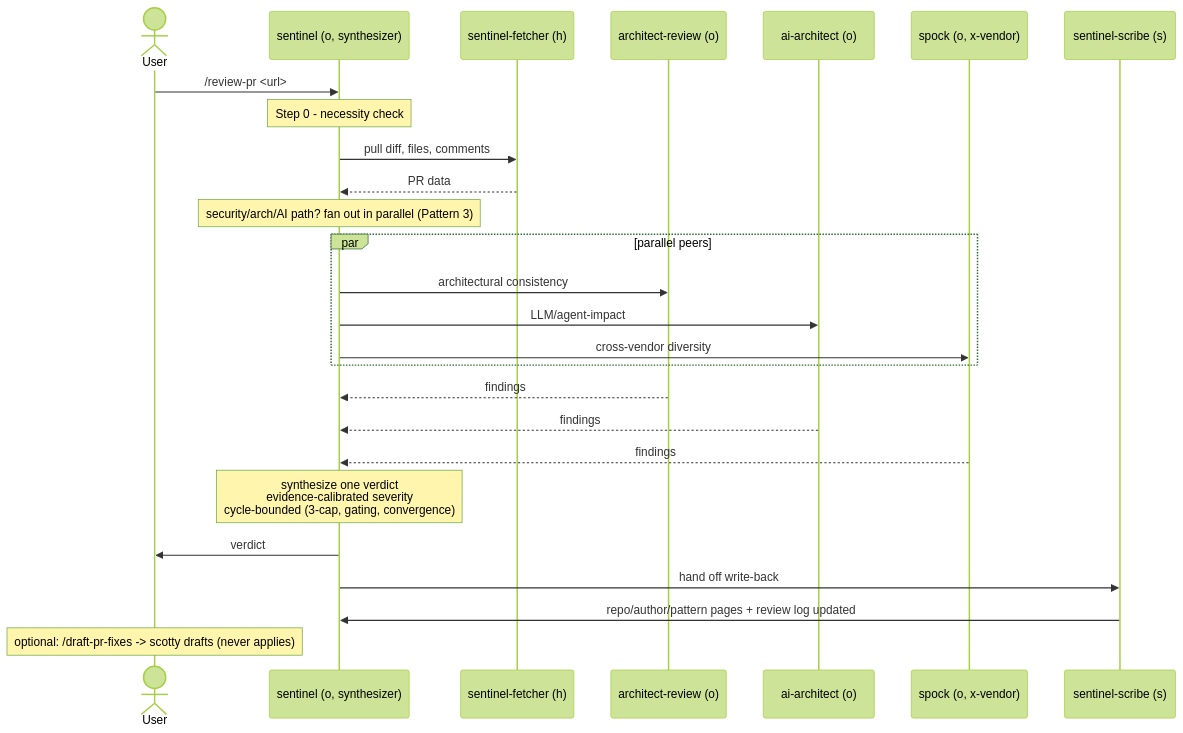
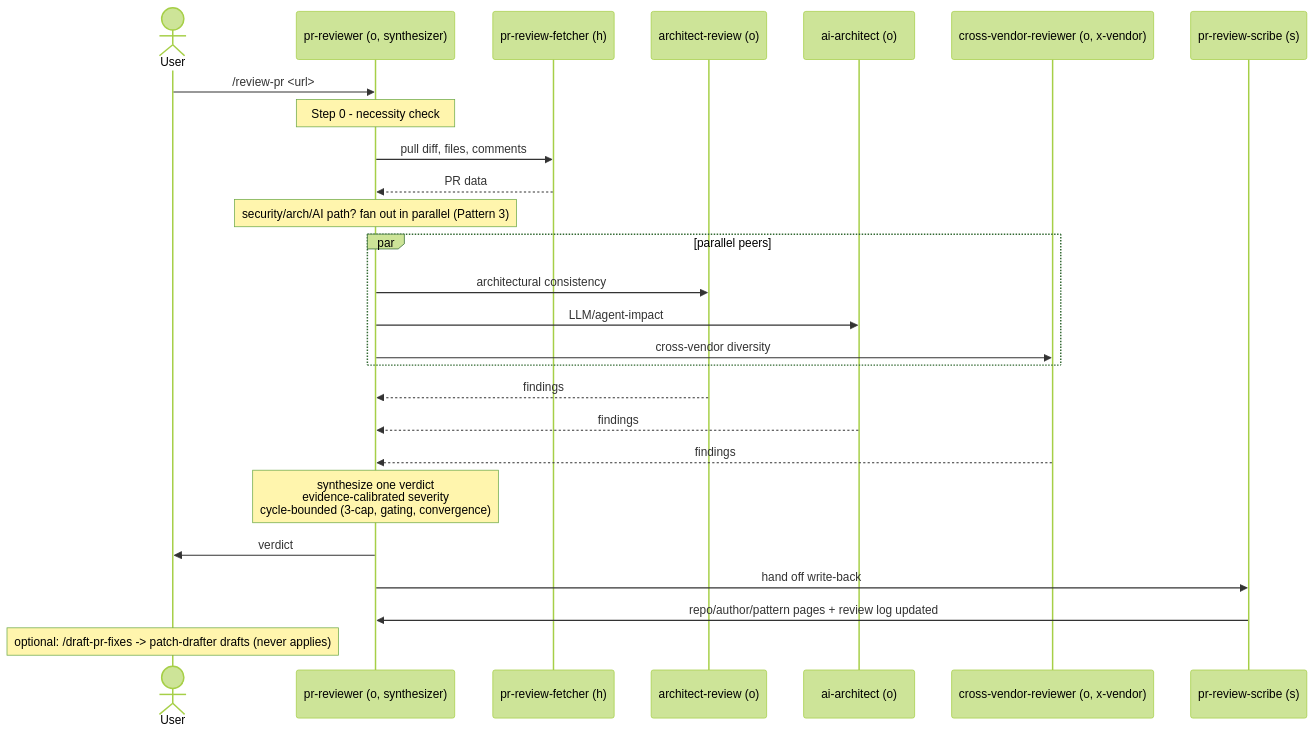
The third of 3 diagrams in docs/ARCHITECTURE.md (agent-rails/agentic-fabric), drawn with Mermaid (forest theme) before and after one commit. The commit also changed other lines of this file and 73 other files, not shown here.

````diff
--- a/docs/ARCHITECTURE.md
+++ b/docs/ARCHITECTURE.md
@@ -155,29 +155,29 @@
 ```mermaid
 sequenceDiagram
     actor User
-    participant S as sentinel (o, synthesizer)
-    participant F as sentinel-fetcher (h)
+    participant S as pr-reviewer (o, synthesizer)
+    participant F as pr-review-fetcher (h)
     participant AR as architect-review (o)
     participant AA as ai-architect (o)
-    participant SP as spock (o, x-vendor)
-    participant Sc as sentinel-scribe (s)
+    participant SP as cross-vendor-reviewer (o, x-vendor)
+    participant Sc as pr-review-scribe (s)
 
     User->>S: /review-pr <url>
     Note over S: Step 0 - necessity check
     S->>F: pull diff, files, comments
     F-->>S: PR data
     Note over S: security/arch/AI path? fan out in parallel (Pattern 3)
     par parallel peers
         S->>AR: architectural consistency
         S->>AA: LLM/agent-impact
         S->>SP: cross-vendor diversity
     end
     AR-->>S: findings
     AA-->>S: findings
     SP-->>S: findings
     Note over S: synthesize one verdict<br/>evidence-calibrated severity<br/>cycle-bounded (3-cap, gating, convergence)
     S->>User: verdict
     S->>Sc: hand off write-back
     Sc->>S: repo/author/pattern pages + review log updated
-    Note over User: optional: /draft-pr-fixes -> scotty drafts (never applies)
+    Note over User: optional: /draft-pr-fixes -> patch-drafter drafts (never applies)
 ```
````
